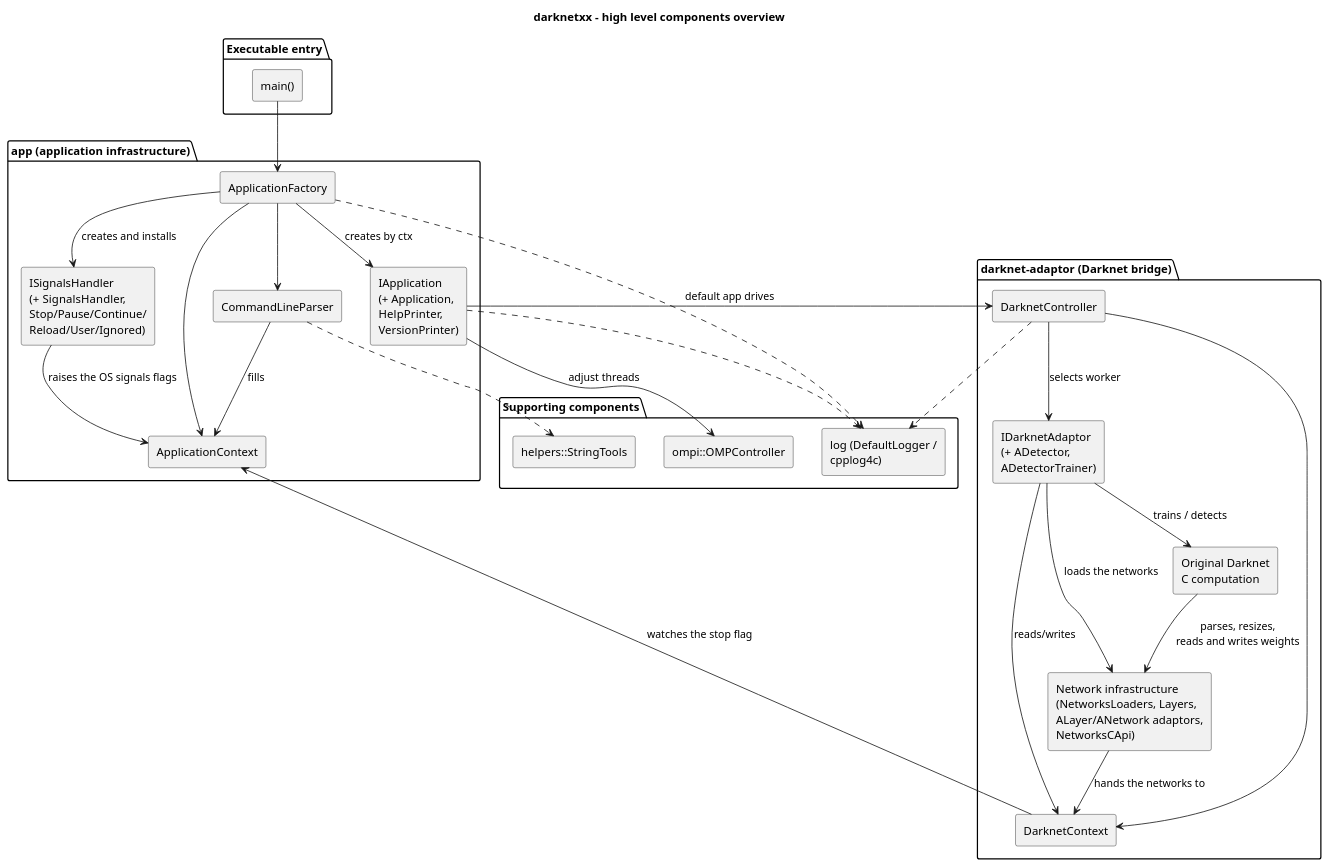
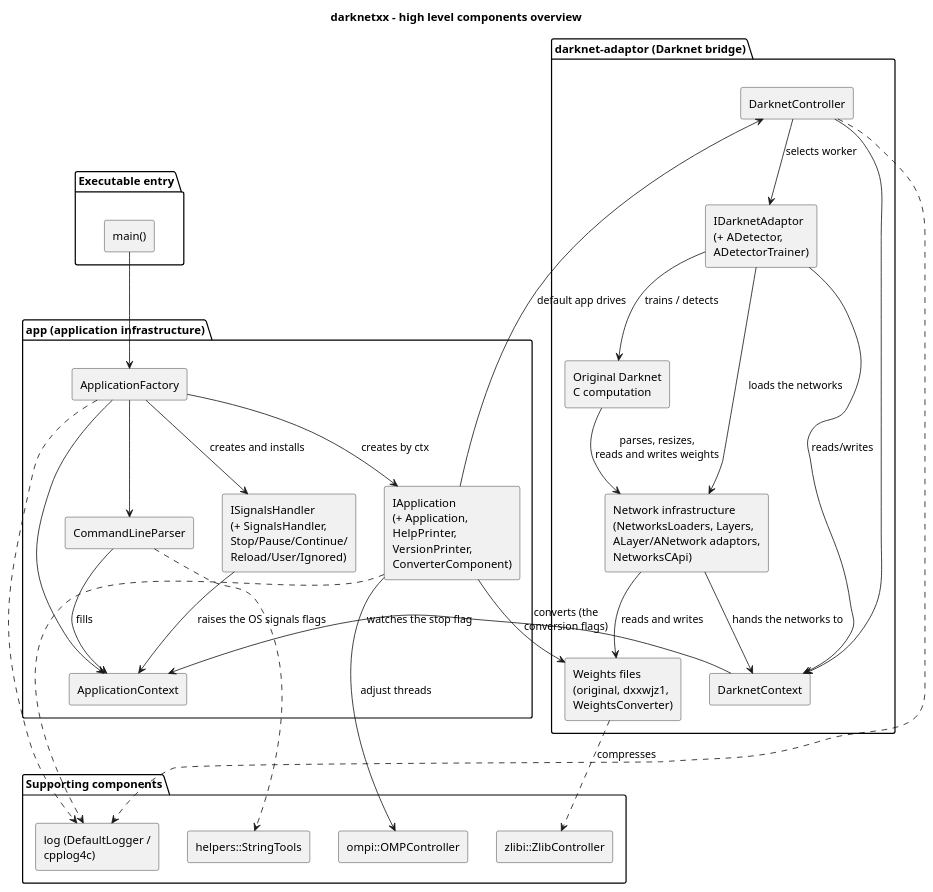
Before and after one commit to yuriysydor1991/darknetxx: the diagram in doc/diagrams/components-overview.puml, drawn with PlantUML. The commit also changed 38 other files, not shown here.

First line of the commit message:
docs: document the network weights files formats and the converter

```diff
--- a/doc/diagrams/components-overview.puml
+++ b/doc/diagrams/components-overview.puml
@@ -1,55 +1,60 @@
 @startuml components-overview
 title darknetxx - high level components overview
 
 skinparam componentStyle rectangle
 skinparam shadowing false
 
 package "Executable entry" {
   [main()] as main
 }
 
 package "app (application infrastructure)" {
   [ApplicationFactory] as factory
   [CommandLineParser] as parser
   [ApplicationContext] as ctx
-  [IApplication\n(+ Application,\nHelpPrinter,\nVersionPrinter)] as iapp
+  [IApplication\n(+ Application,\nHelpPrinter,\nVersionPrinter,\nConverterComponent)] as iapp
   [ISignalsHandler\n(+ SignalsHandler,\nStop/Pause/Continue/\nReload/User/Ignored)] as signals
 }
 
 package "darknet-adaptor (Darknet bridge)" {
   [DarknetController] as dctrl
   [DarknetContext] as dctx
   [IDarknetAdaptor\n(+ ADetector,\nADetectorTrainer)] as adaptor
   [Network infrastructure\n(NetworksLoaders, Layers,\nALayer/ANetwork adaptors,\nNetworksCApi)] as netinfra
+  [Weights files\n(original, dxxwjz1,\nWeightsConverter)] as weights
   [Original Darknet\nC computation] as darknetc
 }
 
 package "Supporting components" {
   [ompi::OMPController] as omp
   [log (DefaultLogger /\ncpplog4c)] as log
   [helpers::StringTools] as helpers
+  [zlibi::ZlibController] as zlib
 }
 
 main --> factory
 factory --> parser
 factory --> ctx
 factory --> iapp : creates by ctx
 factory --> signals : creates and installs
 signals --> ctx : raises the OS signals flags
 parser --> ctx : fills
 iapp --> dctrl : default app drives
 iapp --> omp : adjust threads
 dctrl --> dctx
 dctx --> ctx : watches the stop flag
 dctrl --> adaptor : selects worker
 adaptor --> dctx : reads/writes
 adaptor --> netinfra : loads the networks
 netinfra --> dctx : hands the networks to
 adaptor --> darknetc : trains / detects
 darknetc --> netinfra : parses, resizes,\nreads and writes weights
+netinfra --> weights : reads and writes
+iapp --> weights : converts (the\nconversion flags)
+weights ..> zlib : compresses
 factory ..> log
 iapp ..> log
 dctrl ..> log
 parser ..> helpers
 
 @enduml
```
